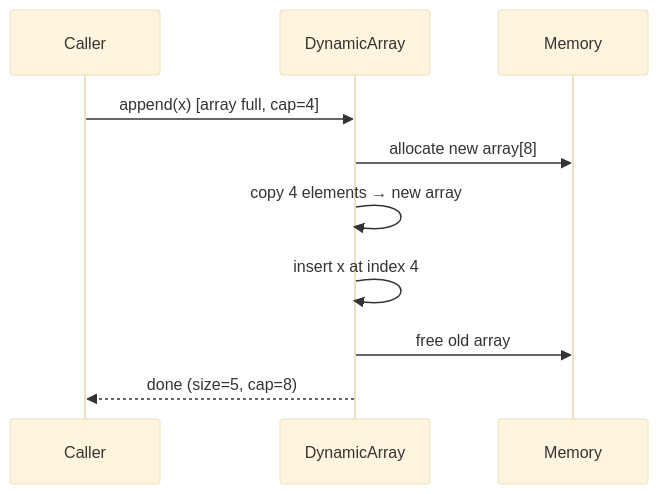
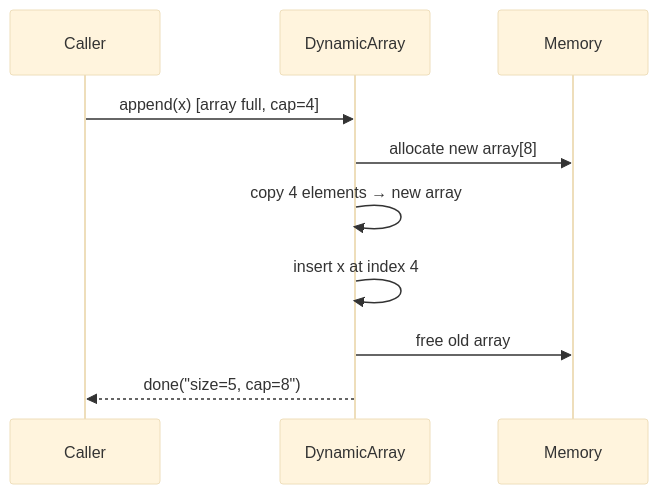
One commit to pploc/swe-icon-the-moment changed the diagram in content/questions/fundamentals/array-dynamic-resizing.md. Above: the diagram before and after it, drawn with Mermaid (base theme). The commit also changed 167 other files, not shown here.

````diff
--- a/content/questions/fundamentals/array-dynamic-resizing.md
+++ b/content/questions/fundamentals/array-dynamic-resizing.md
@@ -23,12 +23,13 @@
 ```mermaid
 sequenceDiagram
     participant A as Caller
     participant D as DynamicArray
     participant M as Memory
     A->>D: append(x) [array full, cap=4]
     D->>M: allocate new array[8]
     D->>D: copy 4 elements → new array
     D->>D: insert x at index 4
     D->>M: free old array
-    D-->>A: done (size=5, cap=8)
+    D-->>A: done("size=5, cap=8")
+
 ```
````
